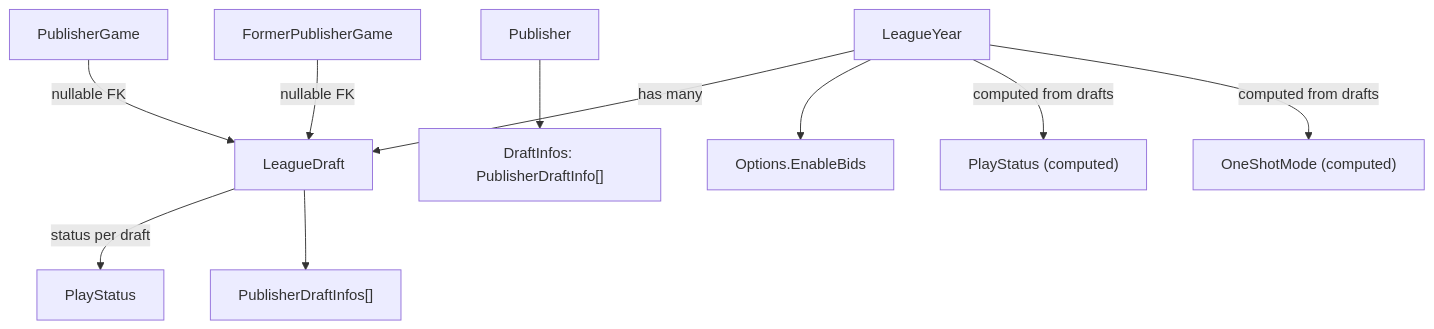
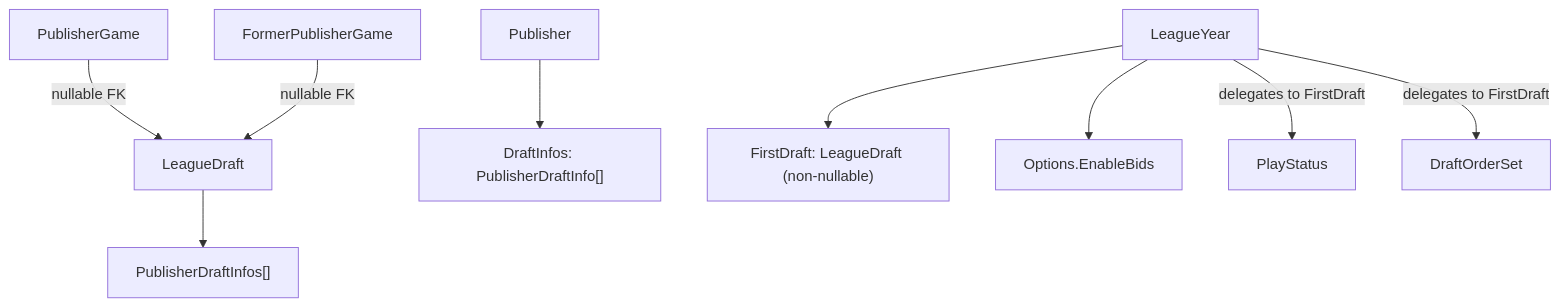
The diagram in .cursor/plans/multi-draft-leagues.plan.md (SteveF92/FantasyCritic), drawn with Mermaid before and after one commit. The commit also changed other lines of this file, not shown here.

Commit message:
Update multi-draft leagues plan: Phase 1/2 split, FirstDraft assumption, step-by-step compile order.

````diff
--- a/.cursor/plans/multi-draft-leagues.plan.md
+++ b/.cursor/plans/multi-draft-leagues.plan.md
@@ -51,12 +50,11 @@
 ```mermaid
 flowchart TD
-    LeagueYear -->|"has many"| LeagueDraft
-    LeagueDraft -->|"status per draft"| PlayStatus
+    LeagueYear --> FirstDraft["FirstDraft: LeagueDraft (non-nullable)"]
     LeagueDraft --> PublisherDraftInfos["PublisherDraftInfos[]"]
     Publisher --> DraftInfos["DraftInfos: PublisherDraftInfo[]"]
     PublisherGame -->|"nullable FK"| LeagueDraft
     FormerPublisherGame -->|"nullable FK"| LeagueDraft
     LeagueYear --> EnableBids["Options.EnableBids"]
-    LeagueYear -->|"computed from drafts"| ComputedPlayStatus["PlayStatus (computed)"]
-    LeagueYear -->|"computed from drafts"| OneShotMode["OneShotMode (computed)"]
+    LeagueYear -->|"delegates to FirstDraft"| PlayStatus
+    LeagueYear -->|"delegates to FirstDraft"| DraftOrderSet
 ```
````
